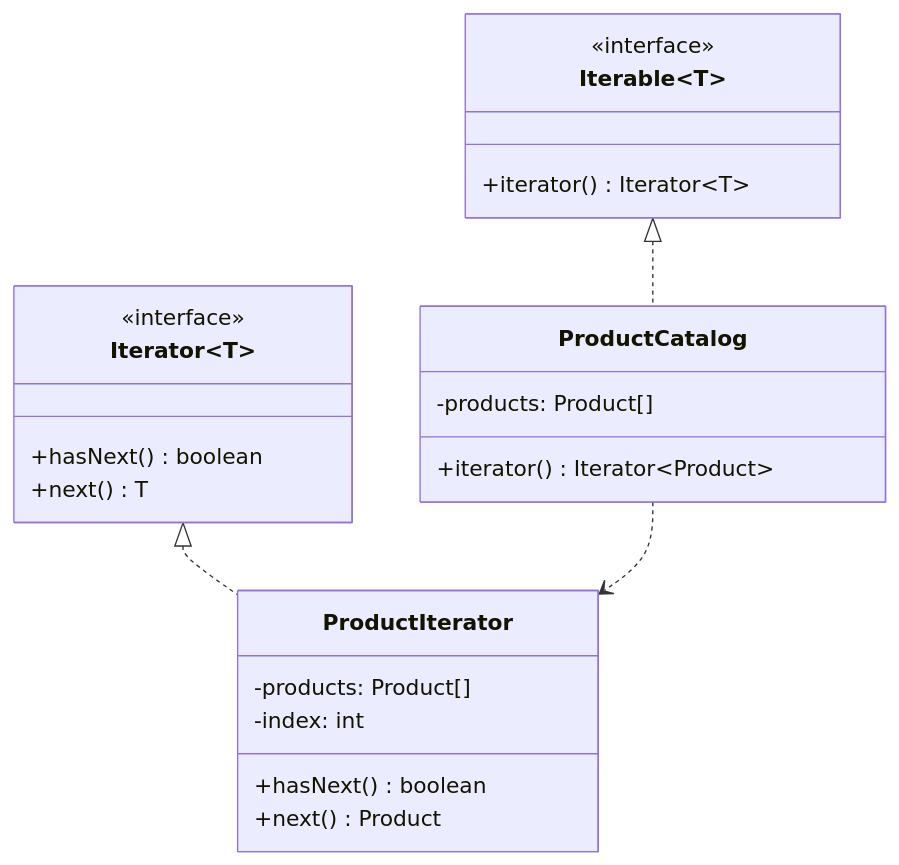
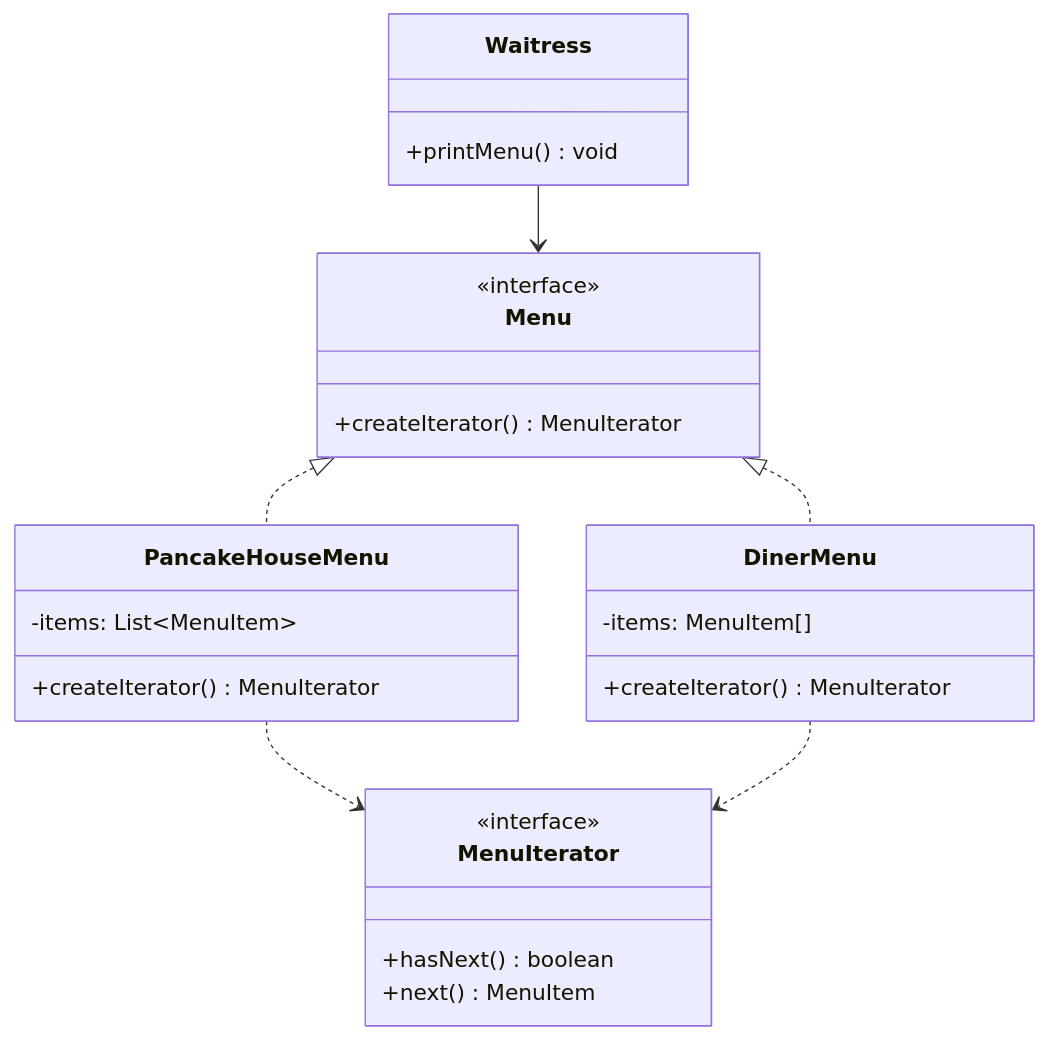
Before and after one commit to luguosong/programming-notes: the diagram in docs/topic/design-patterns/behavioral-patterns/iterator/index.md, drawn with Mermaid. The commit also changed other lines of this file and 24 other files, not shown here.

````diff
--- a/docs/topic/design-patterns/behavioral-patterns/iterator/index.md
+++ b/docs/topic/design-patterns/behavioral-patterns/iterator/index.md
@@ -21,25 +30,28 @@
 ```mermaid
 classDiagram
-    class Iterator~T~ {
+    class MenuIterator {
         <<interface>>
         +hasNext() boolean
-        +next() T
+        +next() MenuItem
     }
-    class Iterable~T~ {
+    class Menu {
         <<interface>>
-        +iterator() Iterator~T~
+        +createIterator() MenuIterator
     }
-    class ProductCatalog {
-        -products: Product[]
-        +iterator() Iterator~Product~
+    class PancakeHouseMenu {
+        -items: List~MenuItem~
+        +createIterator() MenuIterator
     }
-    class ProductIterator {
-        -products: Product[]
-        -index: int
-        +hasNext() boolean
-        +next() Product
+    class DinerMenu {
+        -items: MenuItem[]
+        +createIterator() MenuIterator
     }
-    Iterable <|.. ProductCatalog
-    Iterator <|.. ProductIterator
-    ProductCatalog ..> ProductIterator
+    class Waitress {
+        +printMenu() void
+    }
+    Menu <|.. PancakeHouseMenu
+    Menu <|.. DinerMenu
+    PancakeHouseMenu ..> MenuIterator
+    DinerMenu ..> MenuIterator
+    Waitress --> Menu
 ```
````
